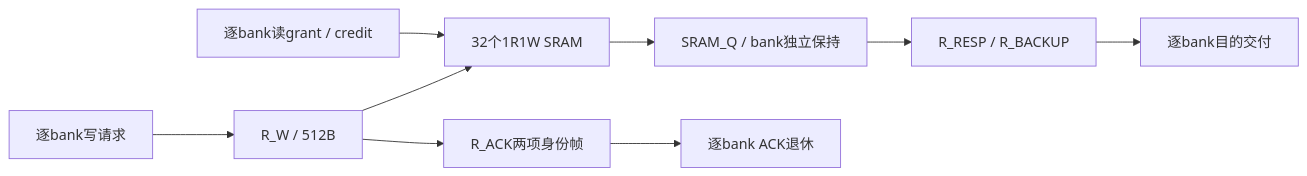
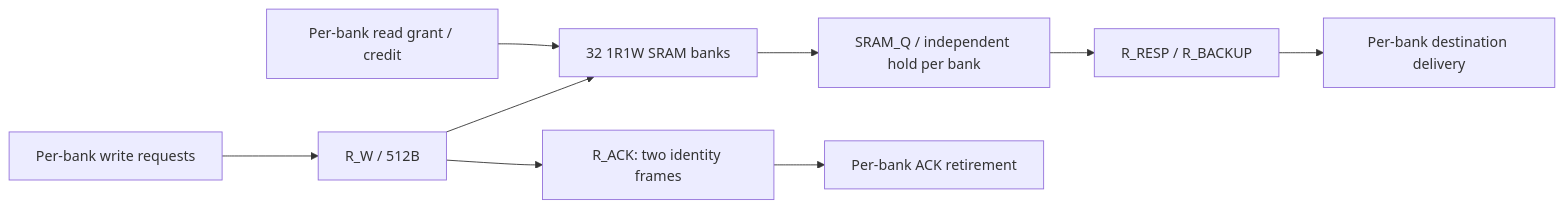
One commit to yuhin777/Allegro changed the diagram in doc/rtl_specs/tmem/blackwell_tmem_partition.md. Above: the diagram before and after it, drawn with Mermaid. The commit also changed other lines of this file and 45 other files, not shown here.

````diff
--- a/doc/rtl_specs/tmem/blackwell_tmem_partition.md
+++ b/doc/rtl_specs/tmem/blackwell_tmem_partition.md
@@ -19,11 +19,11 @@
 ```mermaid
 flowchart LR
-    RD[逐bank读grant / credit] --> SRAM[32个1R1W SRAM]
-    SRAM --> Q[SRAM_Q / bank独立保持]
+    RD["Per-bank read grant / credit"] --> SRAM["32 1R1W SRAM banks"]
+    SRAM --> Q["SRAM_Q / independent hold per bank"]
     Q --> RESP[R_RESP / R_BACKUP]
-    RESP --> DST[逐bank目的交付]
-    W[逐bank写请求] --> RW[R_W / 512B]
+    RESP --> DST["Per-bank destination delivery"]
+    W["Per-bank write requests"] --> RW[R_W / 512B]
     RW --> SRAM
-    RW --> ACK[R_ACK两项身份帧]
-    ACK --> CLIENT[逐bank ACK退休]
+    RW --> ACK["R_ACK: two identity frames"]
+    ACK --> CLIENT["Per-bank ACK retirement"]
 ```
````
